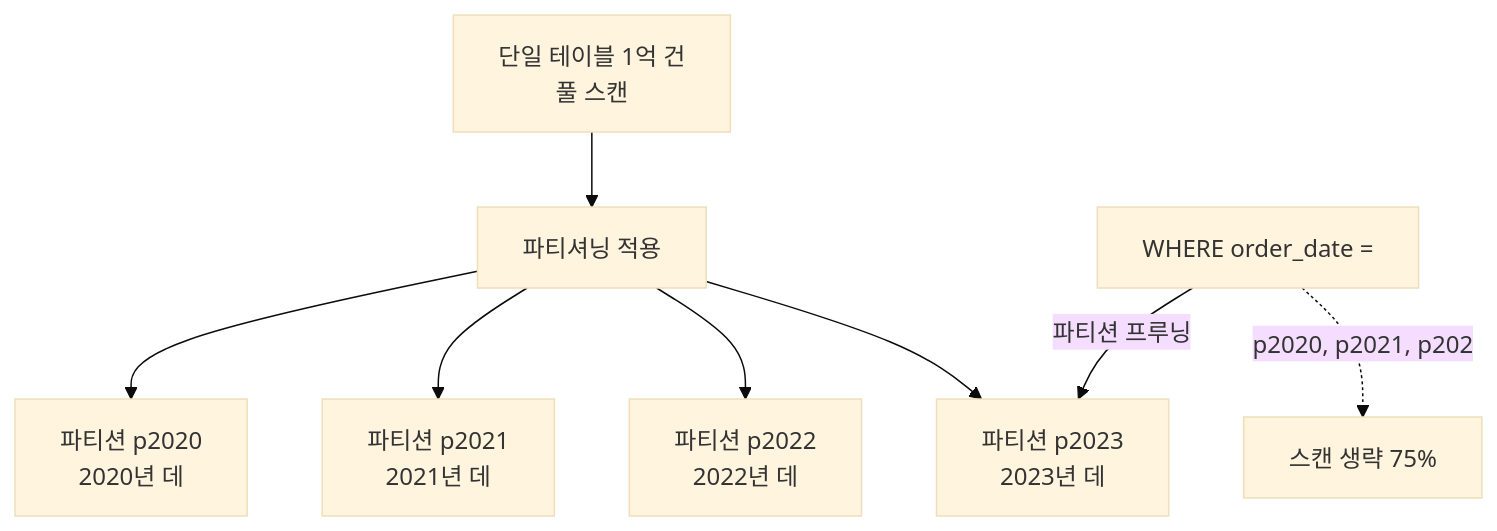
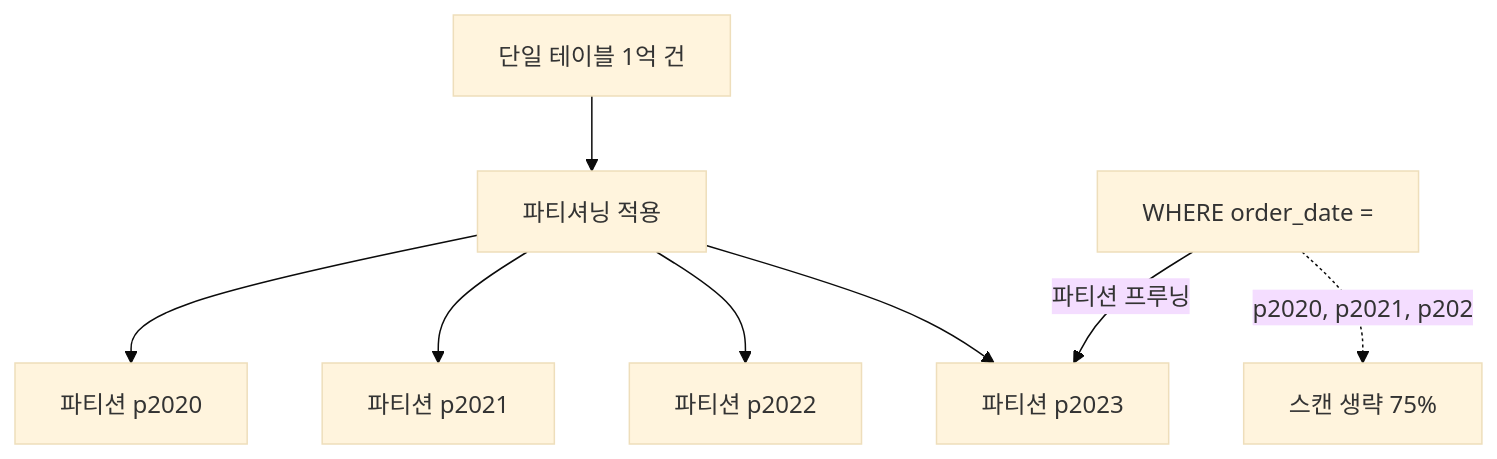
Before and after one commit to yjkim2015/yjkim2015.github.io: the first of 4 diagrams in _posts/db/2026-05-01-db-partitioning.md, drawn with Mermaid (base theme). The commit also changed other lines of this file and 217 other files, not shown here.

First line of the commit message:
Mermaid 크기 수정: useMaxWidth:true + SVG max-width:100% + 라벨 축소

````diff
--- a/_posts/db/2026-05-01-db-partitioning.md
+++ b/_posts/db/2026-05-01-db-partitioning.md
@@ -34,11 +34,11 @@
 ```mermaid
 graph TD
-    Single["단일 테이블 1억 건\n풀 스캔"]
+    Single["단일 테이블 1억 건"]
     Single --> Part["파티셔닝 적용"]
-    Part --> P2020["파티션 p2020\n2020년 데"]
-    Part --> P2021["파티션 p2021\n2021년 데"]
-    Part --> P2022["파티션 p2022\n2022년 데"]
-    Part --> P2023["파티션 p2023\n2023년 데"]
+    Part --> P2020["파티션 p2020"]
+    Part --> P2021["파티션 p2021"]
+    Part --> P2022["파티션 p2022"]
+    Part --> P2023["파티션 p2023"]
     Query["WHERE order_date ="] -->|"파티션 프루닝"| P2023
     Query -.->|"p2020, p2021, p202"| Skip["스캔 생략 75%"]
 ```
````
